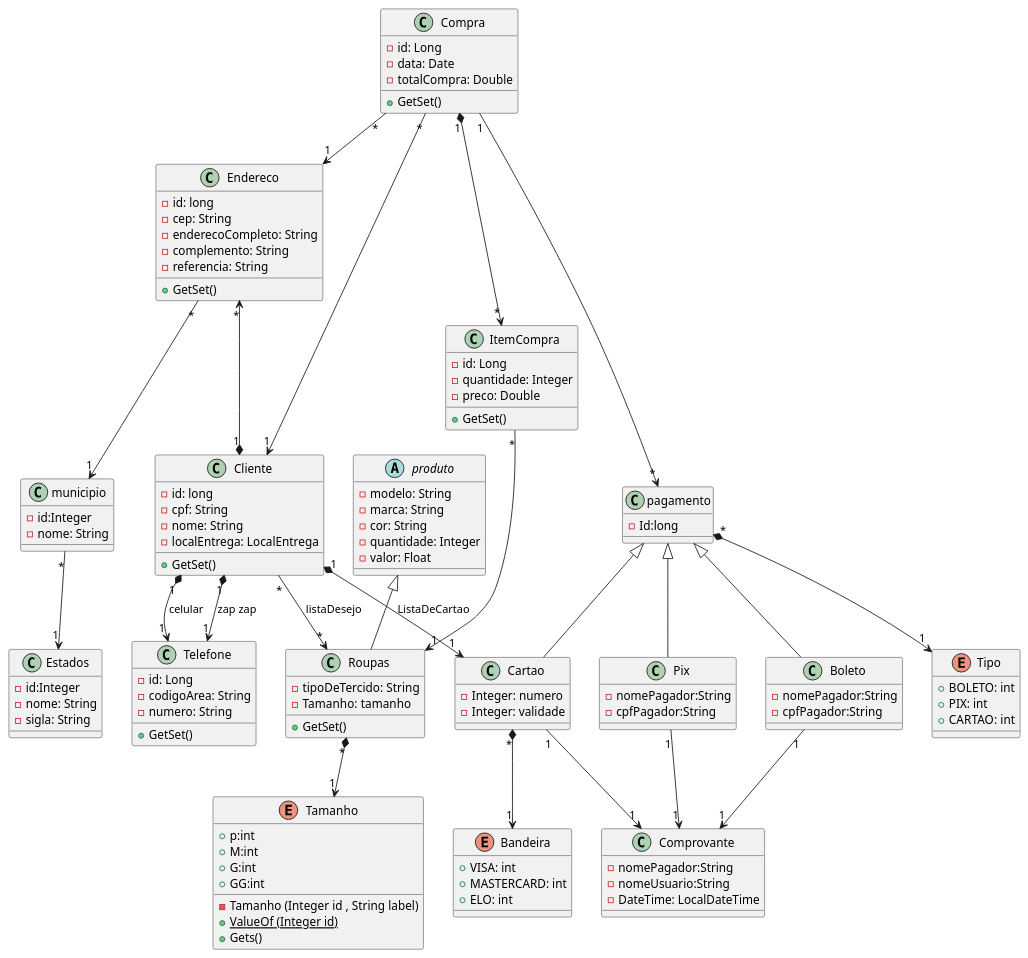
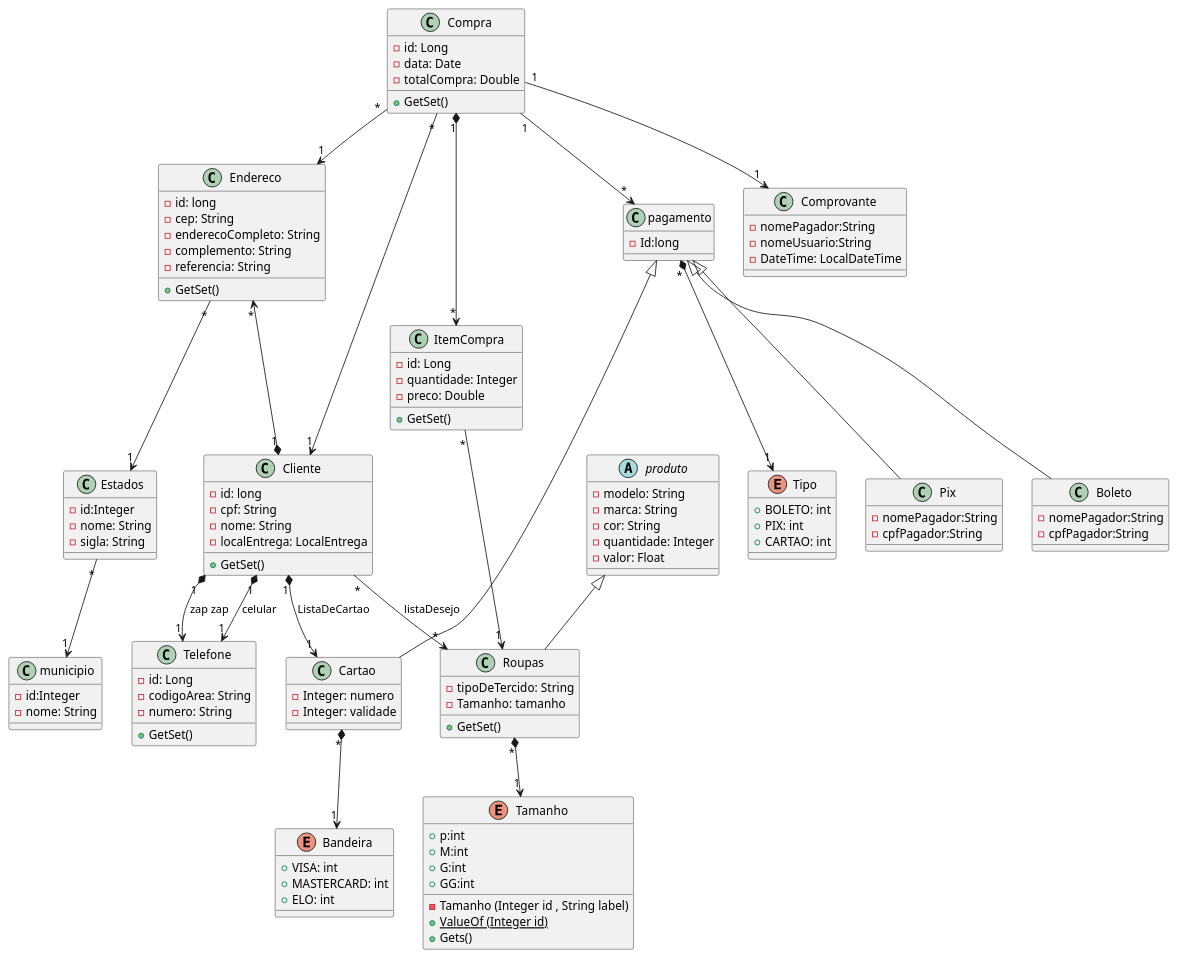
One commit to Jeezyel/topicos1 changed the diagram in src/main/java/br/unitins/UML.plantuml. Above: the diagram before and after it, drawn with PlantUML. The commit also changed 9 other files, not shown here.

```diff
--- a/src/main/java/br/unitins/UML.plantuml
+++ b/src/main/java/br/unitins/UML.plantuml
@@ -1,149 +1,148 @@
 @startuml UML
 
 class Roupas{
     - tipoDeTercido: String
     - Tamanho: tamanho
 
     + GetSet()
 
 
 }
 class Cliente{
     -id: long
     - cpf: String
     - nome: String
     - localEntrega: LocalEntrega
 
     + GetSet()
 }
 
 class Endereco{
     - id: long
     - cep: String
     - enderecoCompleto: String
     - complemento: String
     - referencia: String
 
     + GetSet()
 }
 class ItemCompra {
     - id: Long
     - quantidade: Integer
     - preco: Double
     
     + GetSet()
 }
 class Compra {
     - id: Long
     - data: Date
     - totalCompra: Double
     
     + GetSet()
 }
 class Telefone {
     - id: Long
     - codigoArea: String
     - numero: String
     
     + GetSet()
 }
 class municipio{
     -id:Integer
     -nome: String
 
 }
 class Estados{
     -id:Integer
     -nome: String
     -sigla: String
 }
 enum Tamanho{
     + p:int
     + M:int
     + G:int
     + GG:int
  
     - Tamanho (Integer id , String label)
     + {static}ValueOf (Integer id)
     + Gets()
 
 }
 abstract produto{
     - modelo: String
     - marca: String
     - cor: String
     - quantidade: Integer
     - valor: Float
     
 }
 class pagamento{
     -Id:long
 
     
 }
 class Cartao{
     -Integer: numero
     -Integer: validade
     
 }
 enum Bandeira{
     + VISA: int
     + MASTERCARD: int
     + ELO: int
     
 }
 enum Tipo{
     + BOLETO: int
     + PIX: int
     + CARTAO: int
     
 }
 class Pix{
     -nomePagador:String
     -cpfPagador:String
 }
 class Boleto{
     -nomePagador:String
     -cpfPagador:String
 }
 class Comprovante{
     -nomePagador:String
     -nomeUsuario:String
     -DateTime: LocalDateTime
 }
 
     pagamento <|-- Boleto
     pagamento <|-- Pix
     pagamento <|-- Cartao
     produto <|-- Roupas
 
     Endereco "*" <--*"1" Cliente
 
     Cliente "*" --> "*" Roupas: listaDesejo
 
     Compra "1" *--> "*" ItemCompra
     Compra "*" --> "1" Cliente
     Compra "*"  --> "1" Endereco
+    Compra "1" --> "1" Comprovante
+    
 
     ItemCompra "*" --> "1" Roupas
 
     Cliente "1" *--> "1" Telefone: celular
     Cliente "1" *--> "1" Cartao: ListaDeCartao
     Cliente "1" *--> "1" Telefone: zap zap
-    Cartao "1" --> "1" Comprovante
-    Pix "1" --> "1" Comprovante
-    Boleto "1" --> "1" Comprovante
 
     Compra "1"-->"*" pagamento
 
 
 
 
     Roupas "*" *--> "1" Tamanho
     Cartao "*" *--> "1" Bandeira
     pagamento "*" *--> "1" Tipo
 
-    Endereco "*"--> "1" municipio
+    Endereco "*"--> "1" Estados
 
-    municipio "*"--> "1" Estados
+    Estados "*"--> "1" municipio
 @enduml
```
